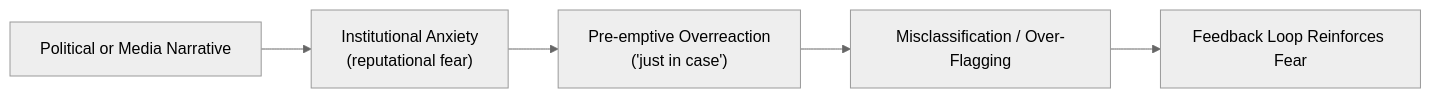
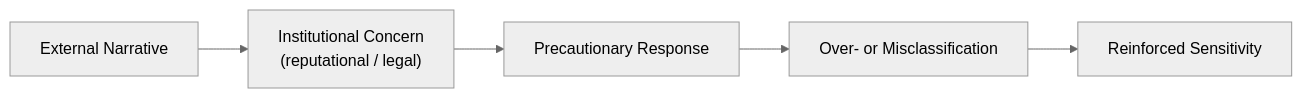
The diagram in Disruption_Kit/Big_Picture_Protocols/🌀_System_Governance/💫_Containment_Logic/⚔️_culture_war_risk_logic_in_uk_public_institutions.md (josefsbreakfast/Polaris-Protocol), drawn with Mermaid (neutral theme) before and after one commit. The commit also changed other lines of this file, not shown here.

````diff
--- a/Disruption_Kit/Big_Picture_Protocols/🌀_System_Governance/💫_Containment_Logic/⚔️_culture_war_risk_logic_in_uk_public_institutions.md
+++ b/Disruption_Kit/Big_Picture_Protocols/🌀_System_Governance/💫_Containment_Logic/⚔️_culture_war_risk_logic_in_uk_public_institutions.md
@@ -109,7 +103,7 @@
 ```mermaid
 flowchart LR
-    A["Political or Media Narrative"] --> B["Institutional Anxiety<br>(reputational fear)"]
-    B --> C["Pre-emptive Overreaction<br>('just in case')"]
-    C --> D["Misclassification / Over-Flagging"]
-    D --> E["Feedback Loop Reinforces Fear"]
+    A["External Narrative"] --> B["Institutional Concern<br>(reputational / legal)"]
+    B --> C["Precautionary Response"]
+    C --> D["Over- or Misclassification"]
+    D --> E["Reinforced Sensitivity"]
 ```
````
